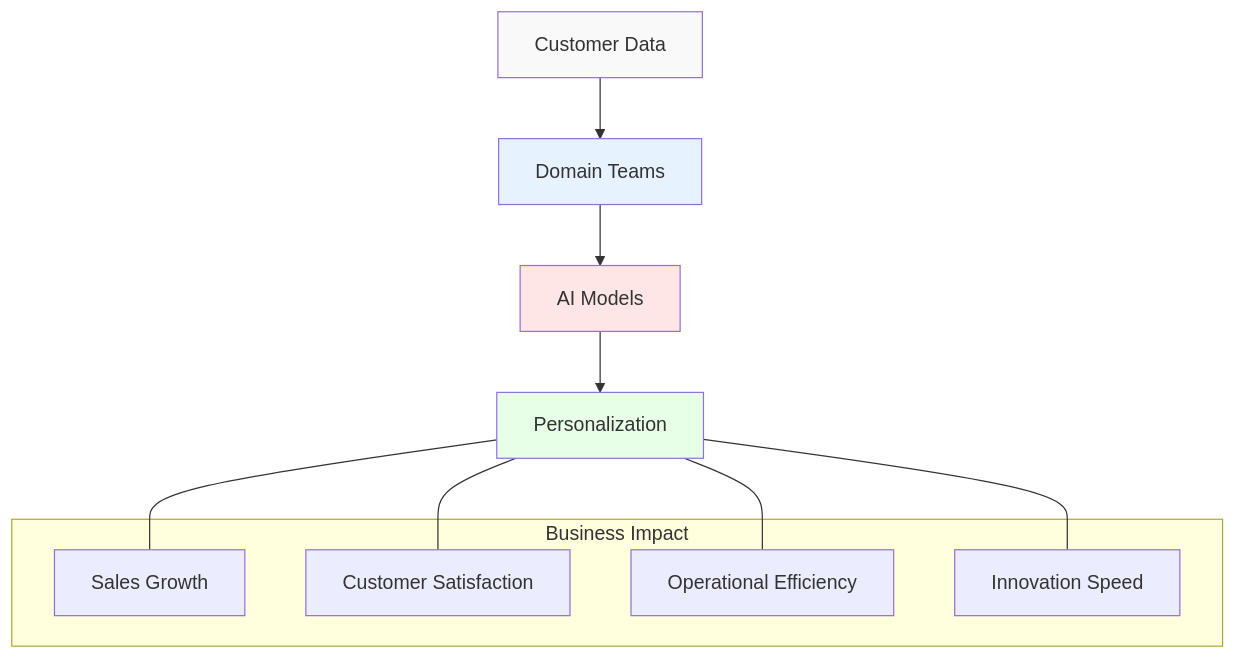
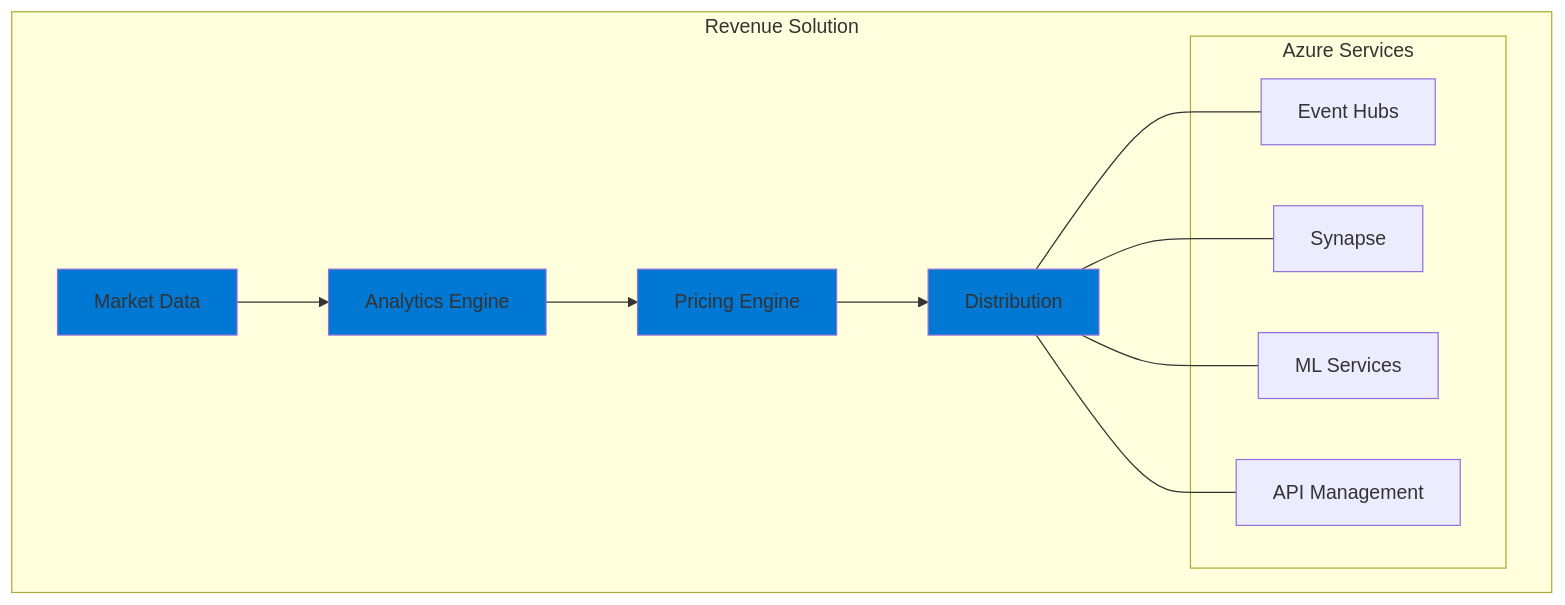
Before and after one commit to data-octo/agentic_ai_research: the third of 7 diagrams in enterprise_data_architecture/chapters/09_case_studies.md, drawn with Mermaid. The commit also changed other lines of this file and 11 other files, not shown here.

````diff
--- a/enterprise_data_architecture/chapters/09_case_studies.md
+++ b/enterprise_data_architecture/chapters/09_case_studies.md
@@ -165,23 +112,25 @@
 ```mermaid
-flowchart TB
-    A[Customer Data] --> B[Domain Teams]
-    B --> C[AI Models]
-    C --> D[Personalization]
-    
-    subgraph "Business Impact"
-        E[Sales Growth]
-        F[Customer Satisfaction]
-        G[Operational Efficiency]
-        H[Innovation Speed]
+graph TB
+    subgraph "Revenue Solution"
+        A[Market Data] --> B[Analytics Engine]
+        B --> C[Pricing Engine]
+        C --> D[Distribution]
+        
+        subgraph "Azure Services"
+            E[Event Hubs]
+            F[Synapse]
+            G[ML Services]
+            H[API Management]
+        end
+        
+        D --- E
+        D --- F
+        D --- G
+        D --- H
     end
     
-    D --- E
-    D --- F
-    D --- G
-    D --- H
-    
-    style A fill:#f9f9f9
-    style B fill:#e6f3ff
-    style C fill:#ffe6e6
-    style D fill:#e6ffe6
+    style A fill:#0078d4
+    style B fill:#0078d4
+    style C fill:#0078d4
+    style D fill:#0078d4
 ```
````
